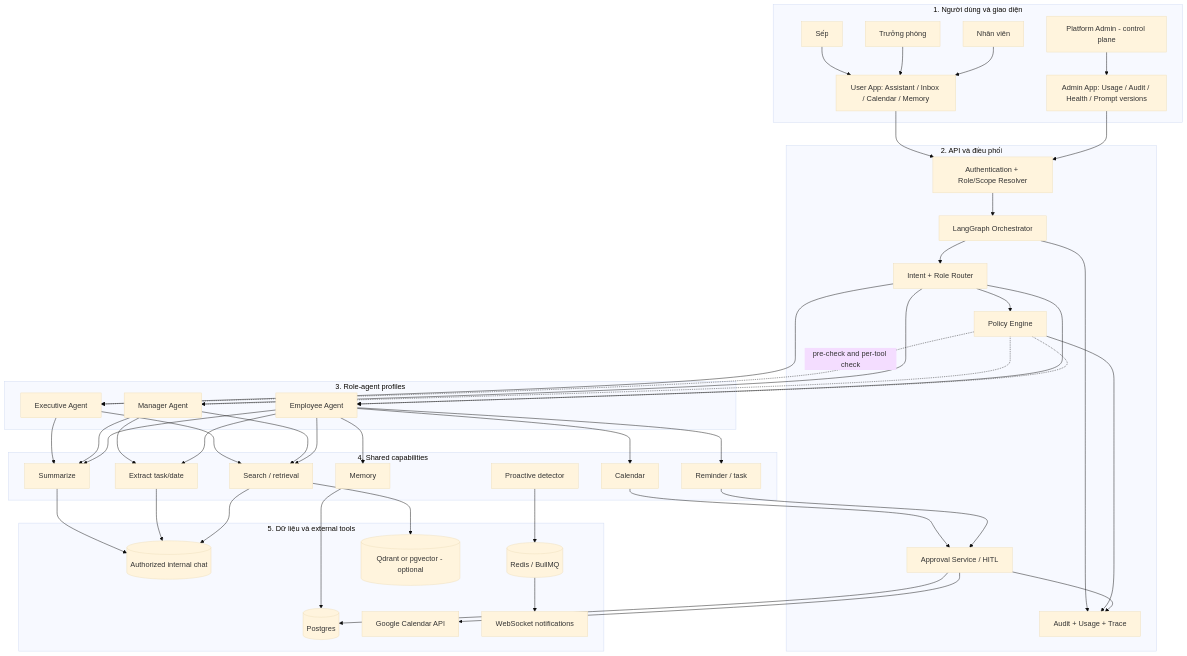
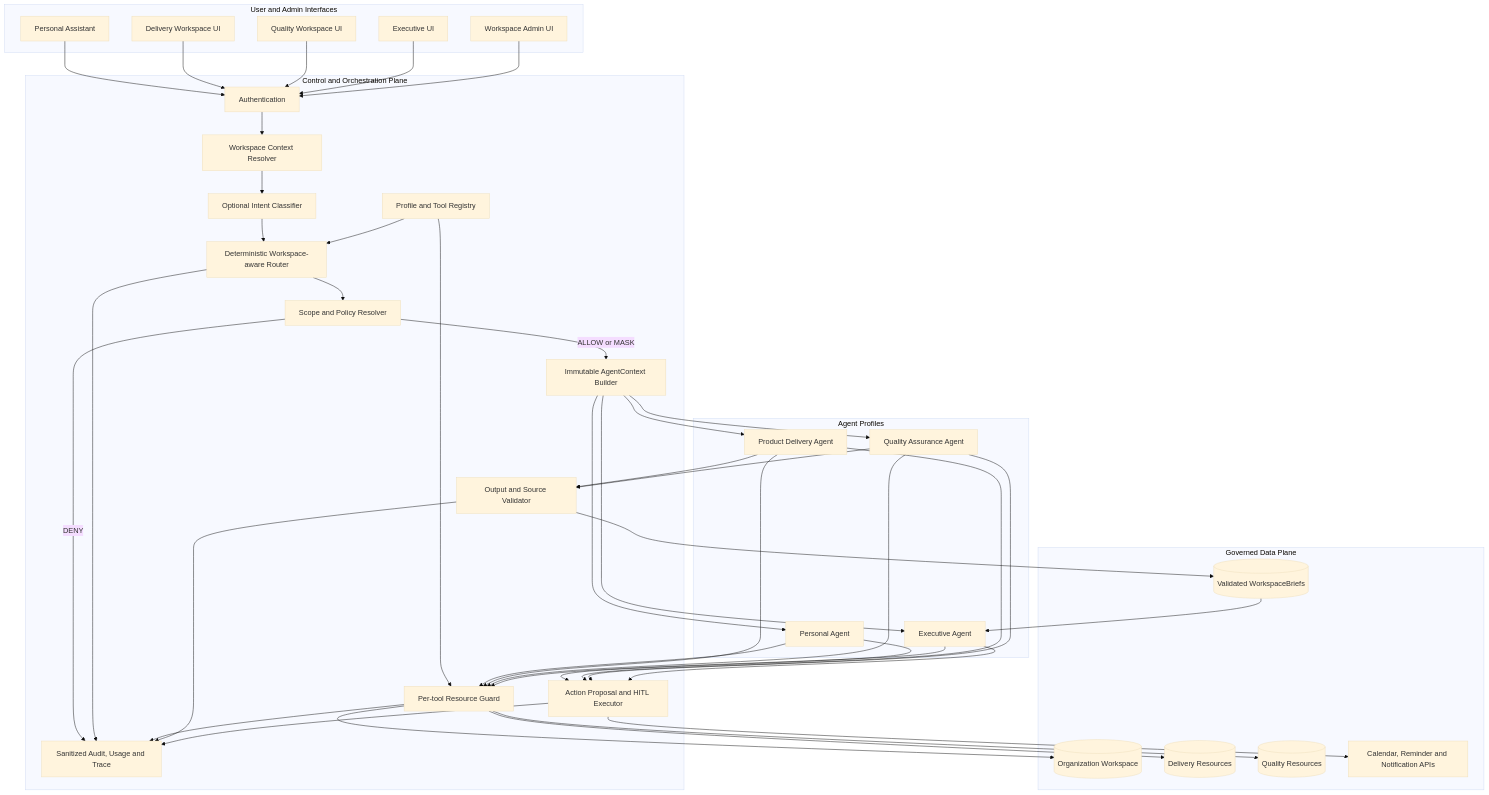
Before and after one commit to TueLT/Build-to-deploy: the first of 6 diagrams in docs/architecture_diagram.md, drawn with Mermaid (base theme). The commit also changed other lines of this file and 28 other files, not shown here.

Commit message:
feat: add multi-agent workspace foundation

````diff
--- a/docs/architecture_diagram.md
+++ b/docs/architecture_diagram.md
@@ -67,81 +50,77 @@
 ```mermaid
 flowchart TB
-    subgraph L1[1. Người dùng và giao diện]
-      CEO[Sếp]
-      MGR[Trưởng phòng]
-      EMP[Nhân viên]
-      OPS[Platform Admin - control plane]
-      UI[User App: Assistant / Inbox / Calendar / Memory]
-      AUI[Admin App: Usage / Audit / Health / Prompt versions]
-      CEO --> UI
-      MGR --> UI
-      EMP --> UI
-      OPS --> AUI
+    subgraph UI[User and Admin Interfaces]
+      PUI[Personal Assistant]
+      DUI[Delivery Workspace UI]
+      QUI[Quality Workspace UI]
+      EUI[Executive UI]
+      AUI[Workspace Admin UI]
     end
 
-    subgraph L2[2. API và điều phối]
-      AUTH[Authentication + Role/Scope Resolver]
-      ORCH[LangGraph Orchestrator]
-      ROUTE[Intent + Role Router]
-      POLICY[Policy Engine]
-      HITL[Approval Service / HITL]
-      AUDIT[Audit + Usage + Trace]
-      UI --> AUTH --> ORCH --> ROUTE
-      AUI --> AUTH
-      ROUTE --> POLICY
+    subgraph CONTROL[Control and Orchestration Plane]
+      AUTH[Authentication]
+      WCTX[Workspace Context Resolver]
+      IR[Optional Intent Classifier]
+      ROUTER[Deterministic Workspace-aware Router]
+      SCOPE[Scope and Policy Resolver]
+      CTX[Immutable AgentContext Builder]
+      REG[Profile and Tool Registry]
+      GUARD[Per-tool Resource Guard]
+      OUT[Output and Source Validator]
+      HITL[Action Proposal and HITL Executor]
+      AUDIT[Sanitized Audit, Usage and Trace]
     end
 
-    subgraph L3[3. Role-agent profiles]
+    subgraph AGENTS[Agent Profiles]
+      PA[Personal Agent]
+      DA[Product Delivery Agent]
+      QA[Quality Assurance Agent]
       EA[Executive Agent]
-      MA[Manager Agent]
-      WA[Employee Agent]
-      ROUTE --> EA
-      ROUTE --> MA
-      ROUTE --> WA
     end
 
-    subgraph L4[4. Shared capabilities]
-      SUM[Summarize]
-      EXT[Extract task/date]
-      SEARCH[Search / retrieval]
-      MEM[Memory]
-      CAL[Calendar]
-      REM[Reminder / task]
-      PRO[Proactive detector]
-      EA --> SUM
-      EA --> SEARCH
-      MA --> SUM
-      MA --> SEARCH
-      MA --> EXT
-      WA --> SUM
-      WA --> EXT
-      WA --> SEARCH
-      WA --> MEM
-      WA --> CAL
-      WA --> REM
+    subgraph DATA[Governed Data Plane]
+      ORG[(Organization Workspace)]
+      DWS[(Delivery Resources)]
+      QWS[(Quality Resources)]
+      BRIEF[(Validated WorkspaceBriefs)]
+      EXT[Calendar, Reminder and Notification APIs]
     end
 
-    subgraph L5[5. Dữ liệu và external tools]
-      MSG[(Authorized internal chat)]
-      DB[(Postgres)]
-      CACHE[(Redis / BullMQ)]
-      VECTOR[(Qdrant or pgvector - optional)]
-      GCAL[Google Calendar API]
-      WS[WebSocket notifications]
-    end
-
-    POLICY -. pre-check and per-tool check .-> EA
-    POLICY -.-> MA
-    POLICY -.-> WA
-    CAL --> HITL --> GCAL
-    REM --> HITL --> DB
-    SUM --> MSG
-    EXT --> MSG
-    SEARCH --> MSG
-    SEARCH --> VECTOR
-    MEM --> DB
-    PRO --> CACHE --> WS
-    ORCH --> AUDIT
-    POLICY --> AUDIT
+    PUI --> AUTH
+    DUI --> AUTH
+    QUI --> AUTH
+    EUI --> AUTH
+    AUI --> AUTH
+    AUTH --> WCTX
+    WCTX --> IR
+    IR --> ROUTER
+    ROUTER --> SCOPE
+    SCOPE -->|DENY| AUDIT
+    SCOPE -->|ALLOW or MASK| CTX
+    REG --> ROUTER
+    REG --> GUARD
+    CTX --> PA
+    CTX --> DA
+    CTX --> QA
+    CTX --> EA
+    PA --> GUARD
+    DA --> GUARD
+    QA --> GUARD
+    EA --> GUARD
+    GUARD --> ORG
+    GUARD --> DWS
+    GUARD --> QWS
+    DA --> OUT
+    QA --> OUT
+    OUT --> BRIEF
+    BRIEF --> EA
+    PA --> HITL
+    DA --> HITL
+    QA --> HITL
+    EA --> HITL
+    HITL --> EXT
+    ROUTER --> AUDIT
+    GUARD --> AUDIT
+    OUT --> AUDIT
     HITL --> AUDIT
 ```
````
